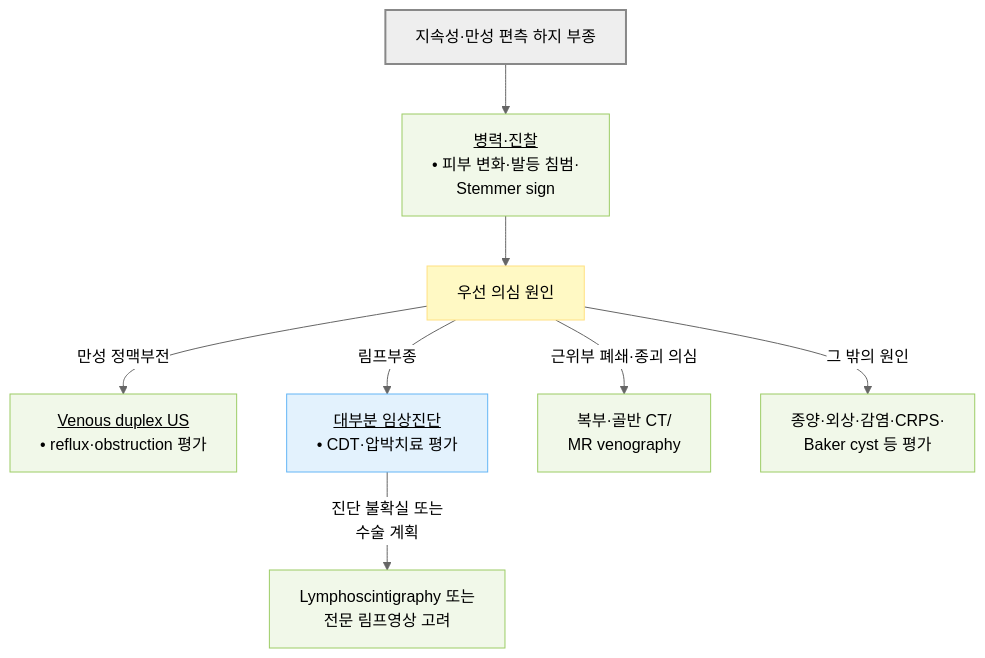
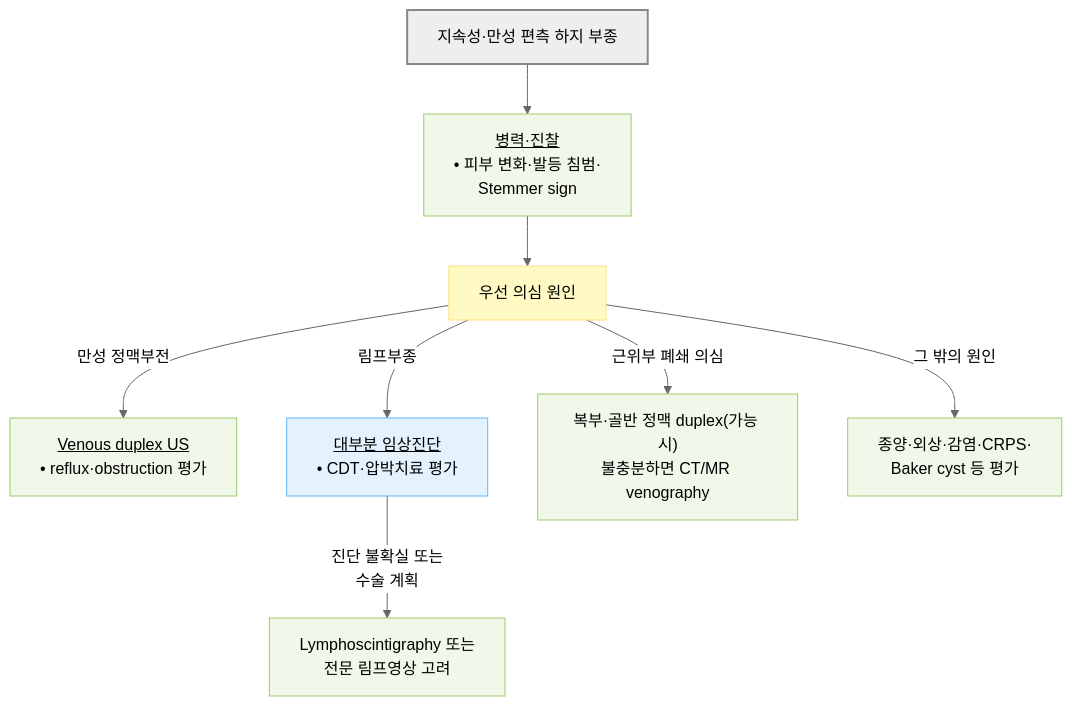
Before and after one commit to familyoh77/familyoh77: the second of 5 diagrams in 220_/012_-edema.md, drawn with Mermaid (neutral theme). The commit also changed other lines of this file and 2 other files, not shown here.

````diff
--- a/220_/012_-edema.md
+++ b/220_/012_-edema.md
@@ -296,18 +299,18 @@
 ```mermaid
 flowchart TD
     SG2["지속성·만성 편측 하지 부종"] --> B2["<u>병력·진찰</u><br/>• 피부 변화·발등 침범·<br/>Stemmer sign"]
     B2 --> C2["우선 의심 원인"]
     C2 -- "만성 정맥부전" --> D2["<u>Venous duplex US</u><br/>• reflux·obstruction 평가"]
     C2 -- "림프부종" --> E2["<u>대부분 임상진단</u><br/>• CDT·압박치료 평가"]
-    C2 -- "근위부 폐쇄·종괴 의심" --> F2["복부·골반 CT/<br/>MR venography"]
+    C2 -- "근위부 폐쇄 의심" --> F2["복부·골반 정맥 duplex(가능 시)<br/>불충분하면 CT/MR venography"]
     C2 -- "그 밖의 원인" --> G2["종양·외상·감염·CRPS·<br/>Baker cyst 등 평가"]
     E2 -- "진단 불확실 또는 <br/>수술 계획" --> H2["Lymphoscintigraphy 또는<br/>전문 림프영상 고려"]
     classDef start fill:#eeeeee,stroke:#888888,stroke-width:2px
     classDef question fill:#fff9c4,stroke:#ffe082
     classDef evaluation fill:#f1f8e9,stroke:#9ccc65
     classDef treatment fill:#e3f2fd,stroke:#64b5f6
     class SG2 start
     class C2 question
     class B2,D2,F2,G2,H2 evaluation
     class E2 treatment
 ```
````
